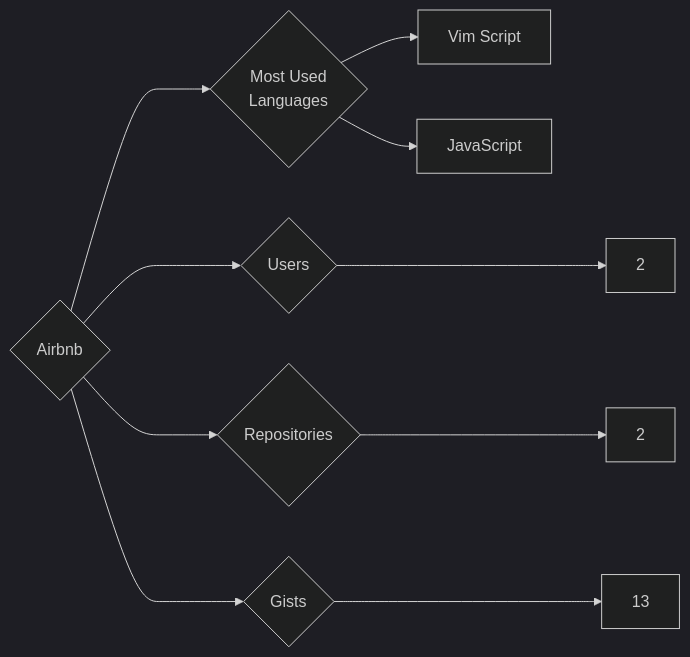
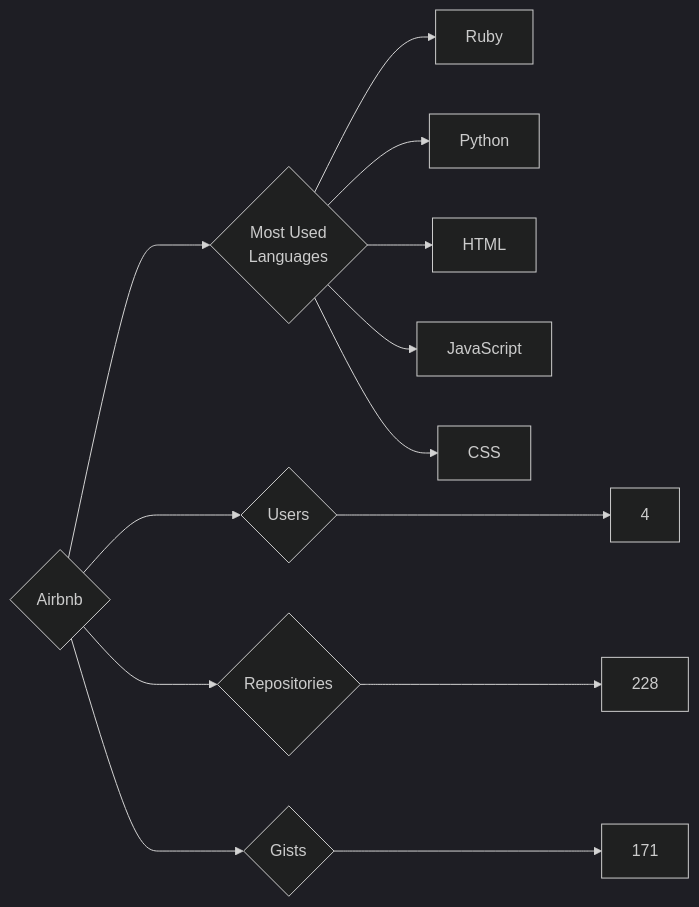
Before and after one commit to trickest/insiders: the diagram in targets/Airbnb/README.md, drawn with Mermaid (dark theme). The commit also changed 912 other files, not shown here.

````diff
--- a/targets/Airbnb/README.md
+++ b/targets/Airbnb/README.md
@@ -3,10 +3,13 @@
 ```mermaid
 graph LR
 COMPANY_NAME{Airbnb}
-COMPANY_NAME ---> U{Users} ---> UN[2]
-COMPANY_NAME ---> R{Repositories} ---> RN[2]
-COMPANY_NAME ---> G{Gists} ---> GN[13]
+COMPANY_NAME ---> U{Users} ---> UN[4]
+COMPANY_NAME ---> R{Repositories} ---> RN[228]
+COMPANY_NAME ---> G{Gists} ---> GN[171]
 COMPANY_NAME ---> ML{Most Used<br>Languages}
-ML --> Vim_Script[Vim Script]
+ML --> Ruby[Ruby]
+ML --> Python[Python]
+ML --> HTML[HTML]
 ML --> JavaScript[JavaScript]
+ML --> CSS[CSS]
 ```
````
